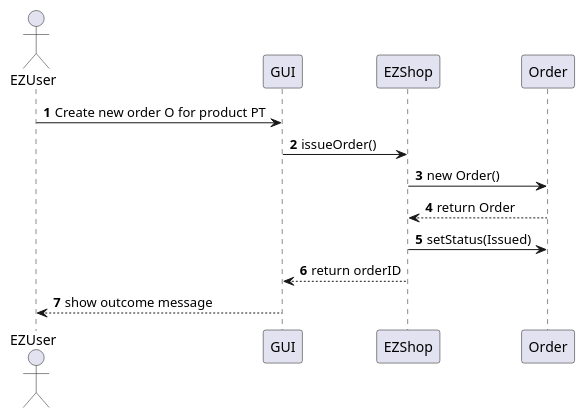
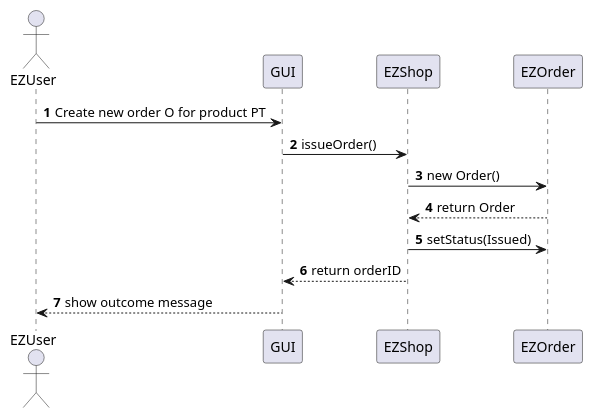
One commit to Stormz4/group20-EzShop changed the tenth of 27 diagrams in Deliverables/DesignDocument.md. Above: the diagram before and after it, drawn with PlantUML. The commit also changed other lines of this file, not shown here.

````diff
--- a/Deliverables/DesignDocument.md
+++ b/Deliverables/DesignDocument.md
@@ -505,13 +524,13 @@
 ```plantuml
 @startuml
 Actor EZUser
 autonumber
 EZUser -> GUI: Create new order O for product PT
 GUI -> EZShop: issueOrder()
-EZShop -> Order: new Order()
-Order --> EZShop: return Order
-EZShop -> Order: setStatus(Issued)
+EZShop -> EZOrder: new Order()
+EZOrder --> EZShop: return Order
+EZShop -> EZOrder: setStatus(Issued)
 EZShop --> GUI: return orderID
 GUI --> EZUser: show outcome message
 @enduml
 ```
````
